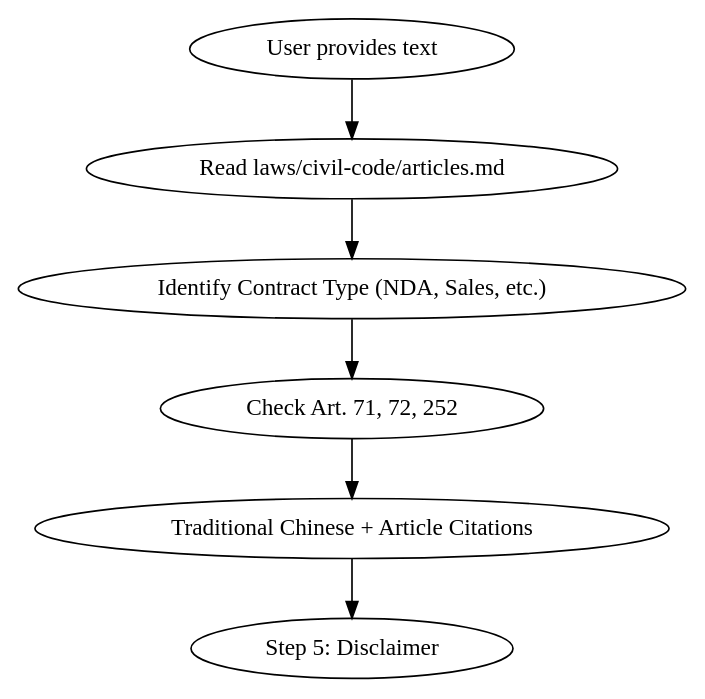
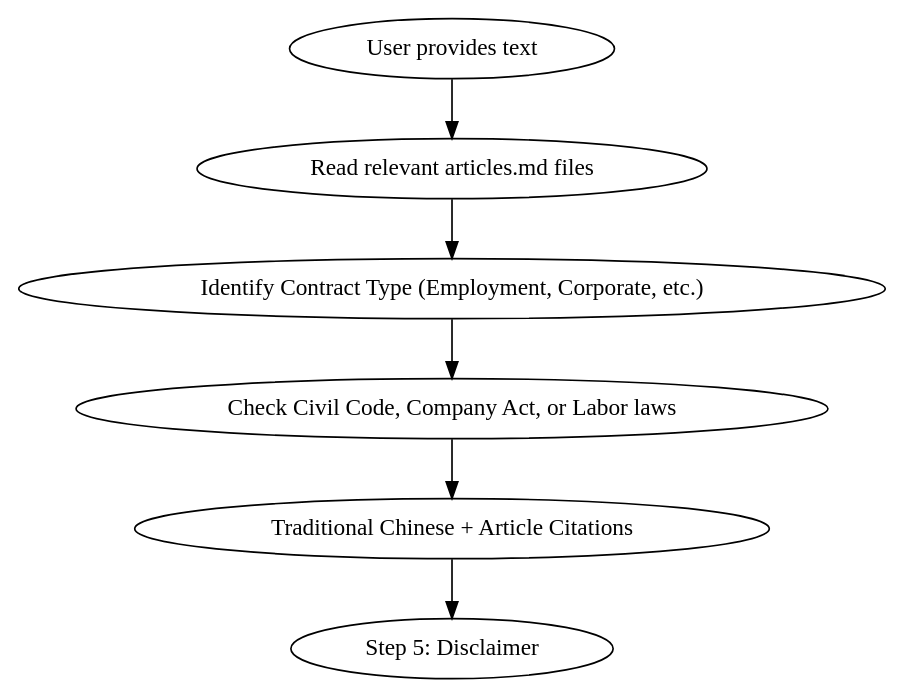
One commit to tern/taiwan-claude-legal changed the diagram in skills/taiwan-legal-audit/SKILL.md. Above: the diagram before and after it, drawn with Graphviz. The commit also changed other lines of this file and 6 other files, not shown here.

Commit message:
feat: add Company Act and Labor Standards Act with multi-law crawler support

````diff
--- a/skills/taiwan-legal-audit/SKILL.md
+++ b/skills/taiwan-legal-audit/SKILL.md
@@ -19,14 +19,14 @@
 ```dot
 digraph audit_flow {
     "User provides text" -> "Step 1: Context Loading";
     "Step 1: Context Loading" -> "Step 2: Type Identification";
-    "Step 2: Type Identification" -> "Step 3: Mandatory Risk Scan";
-    "Step 3: Mandatory Risk Scan" -> "Step 4: Output & Citations";
+    "Step 2: Type Identification" -> "Step 3: Multi-Law Risk Scan";
+    "Step 3: Multi-Law Risk Scan" -> "Step 4: Output & Citations";
     "Step 4: Output & Citations" -> "Step 5: Disclaimer";
 
-    "Step 1: Context Loading" [label="Read laws/civil-code/articles.md"];
-    "Step 2: Type Identification" [label="Identify Contract Type (NDA, Sales, etc.)"];
-    "Step 3: Mandatory Risk Scan" [label="Check Art. 71, 72, 252"];
+    "Step 1: Context Loading" [label="Read relevant articles.md files"];
+    "Step 2: Type Identification" [label="Identify Contract Type (Employment, Corporate, etc.)"];
+    "Step 3: Multi-Law Risk Scan" [label="Check Civil Code, Company Act, or Labor laws"];
     "Step 4: Output & Citations" [label="Traditional Chinese + Article Citations"];
 }
 ```
````
